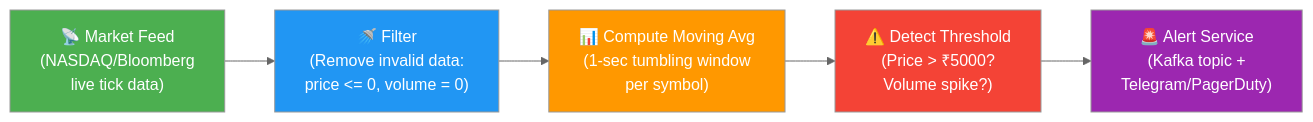
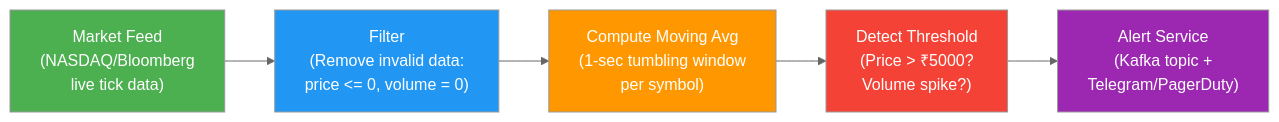
Before and after one commit to NK2552003/Big-Data-Survival-Guide: the fifth of 6 diagrams in UNITS/UNIT 4/unit-4-english-fun.md, drawn with Mermaid (neutral theme). The commit also changed other lines of this file and 78 other files, not shown here.

````diff
--- a/UNITS/UNIT 4/unit-4-english-fun.md
+++ b/UNITS/UNIT 4/unit-4-english-fun.md
@@ -1391,16 +1379,16 @@
 ```mermaid
 flowchart LR
-    source["📡 Market Feed\n(NASDAQ/Bloomberg\nlive tick data)"]
-    filter["🚿 Filter\n(Remove invalid data:\nprice <= 0, volume = 0)"]
-    aggregate["📊 Compute Moving Avg\n(1-sec tumbling window\nper symbol)"]
-    detect["⚠️ Detect Threshold\n(Price > ₹5000?\nVolume spike?)"]
-    sink["🚨 Alert Service\n(Kafka topic +\nTelegram/PagerDuty)"]
+ source[" Market Feed\n(NASDAQ/Bloomberg\nlive tick data)"]
+ filter[" Filter\n(Remove invalid data:\nprice <= 0, volume = 0)"]
+ aggregate[" Compute Moving Avg\n(1-sec tumbling window\nper symbol)"]
+ detect[" Detect Threshold\n(Price > ₹5000?\nVolume spike?)"]
+ sink[" Alert Service\n(Kafka topic +\nTelegram/PagerDuty)"]
 
-    source --> filter --> aggregate --> detect --> sink
+ source --> filter --> aggregate --> detect --> sink
 
-    style source fill:#4CAF50,color:#fff
-    style filter fill:#2196F3,color:#fff
-    style aggregate fill:#FF9800,color:#fff
-    style detect fill:#F44336,color:#fff
-    style sink fill:#9C27B0,color:#fff
+ style source fill:#4CAF50,color:#fff
+ style filter fill:#2196F3,color:#fff
+ style aggregate fill:#FF9800,color:#fff
+ style detect fill:#F44336,color:#fff
+ style sink fill:#9C27B0,color:#fff
 ```
````
